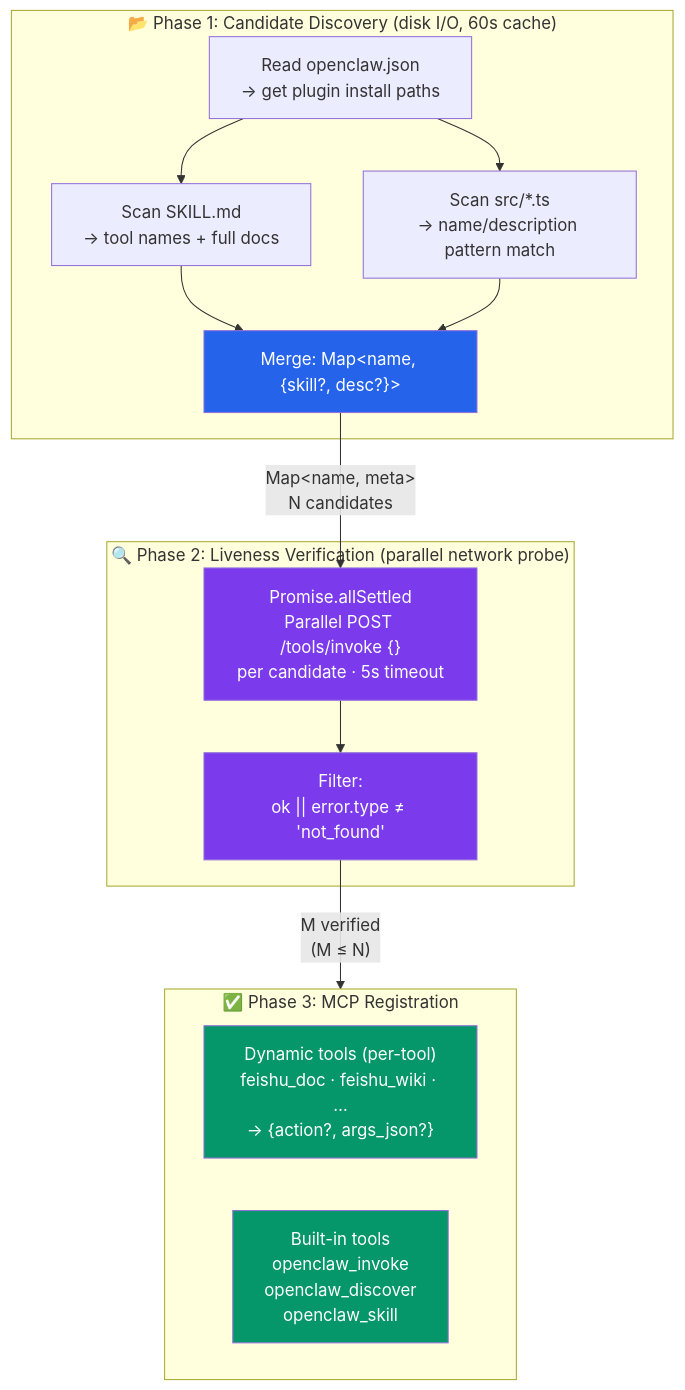
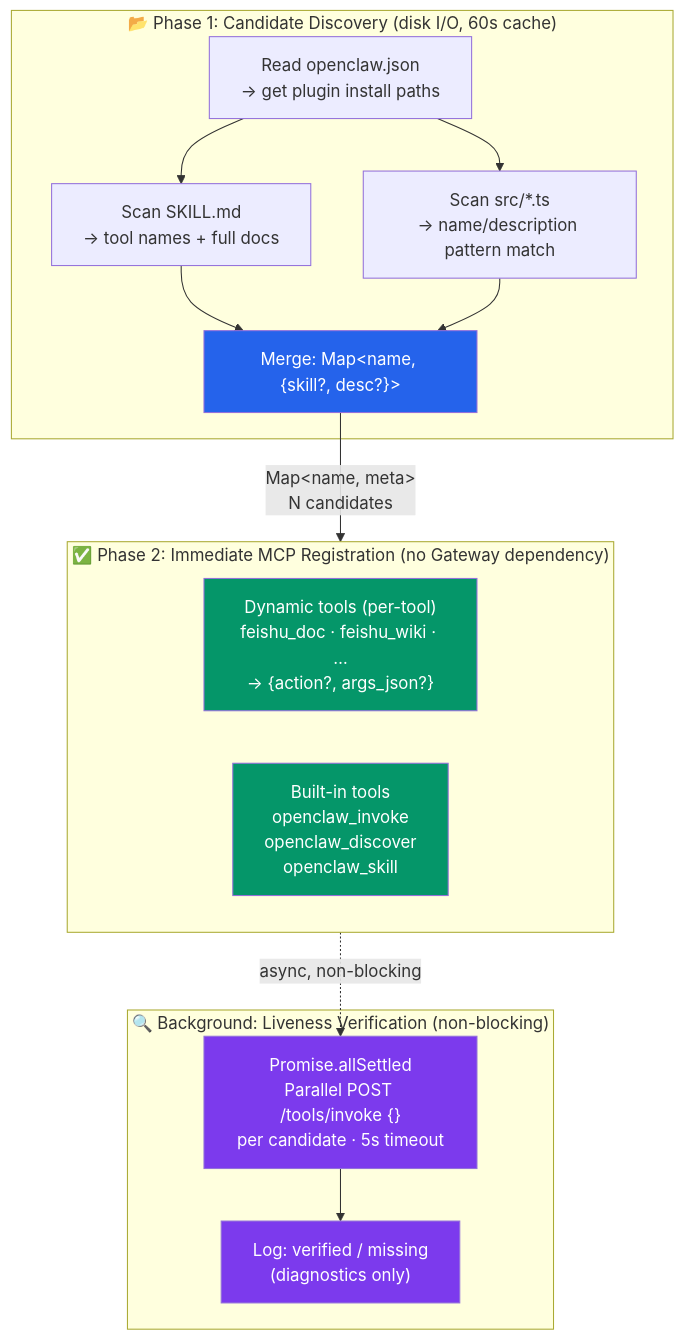
One commit to andeya/openclaw-cursor-bridge changed the fourth of 10 diagrams in doc/technical-guide-en.md. Above: the diagram before and after it, drawn with Mermaid. The commit also changed other lines of this file and 9 other files, not shown here.

````diff
--- a/doc/technical-guide-en.md
+++ b/doc/technical-guide-en.md
@@ -344,29 +344,29 @@
 ```mermaid
 flowchart TD
     subgraph p1 ["📂 Phase 1: Candidate Discovery (disk I/O, 60s cache)"]
         ReadConfig["Read openclaw.json<br/>→ get plugin install paths"] --> ScanSkills["Scan SKILL.md<br/>→ tool names + full docs"]
         ReadConfig --> ScanSource["Scan src/*.ts<br/>→ name/description pattern match"]
         ScanSkills --> Merge["Merge: Map&lt;name, {skill?, desc?}&gt;"]
         ScanSource --> Merge
     end
 
-    subgraph p2 ["🔍 Phase 2: Liveness Verification (parallel network probe)"]
-        Probe["Promise.allSettled<br/>Parallel POST /tools/invoke {}<br/>per candidate · 5s timeout"]
-        Probe --> Filter["Filter:<br/>ok || error.type ≠ 'not_found'"]
-    end
-
-    subgraph p3 ["✅ Phase 3: MCP Registration"]
+    subgraph p2 ["✅ Phase 2: Immediate MCP Registration (no Gateway dependency)"]
         direction LR
         DynTools["Dynamic tools (per-tool)<br/>feishu_doc · feishu_wiki · …<br/>→ {action?, args_json?}"]
         StaticTools["Built-in tools<br/>openclaw_invoke<br/>openclaw_discover<br/>openclaw_skill"]
     end
 
-    Merge -->|"Map&lt;name, meta&gt;<br/>N candidates"| Probe
-    Filter -->|"M verified<br/>(M ≤ N)"| DynTools
+    subgraph p3 ["🔍 Background: Liveness Verification (non-blocking)"]
+        Probe["Promise.allSettled<br/>Parallel POST /tools/invoke {}<br/>per candidate · 5s timeout"]
+        Probe --> LogResult["Log: verified / missing<br/>(diagnostics only)"]
+    end
+
+    Merge -->|"Map&lt;name, meta&gt;<br/>N candidates"| DynTools
+    DynTools -.->|"async, non-blocking"| Probe
 
     style Merge fill:#2563eb,color:#fff
-    style Probe fill:#7c3aed,color:#fff
-    style Filter fill:#7c3aed,color:#fff
     style DynTools fill:#059669,color:#fff
     style StaticTools fill:#059669,color:#fff
+    style Probe fill:#7c3aed,color:#fff
+    style LogResult fill:#7c3aed,color:#fff
 ```
````
